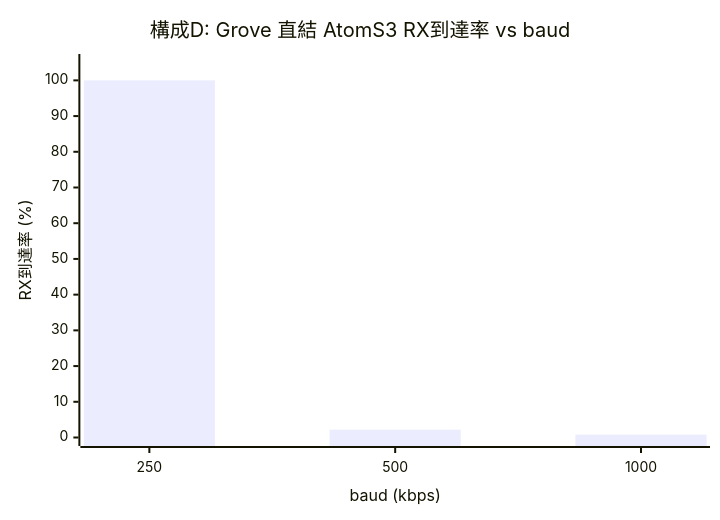
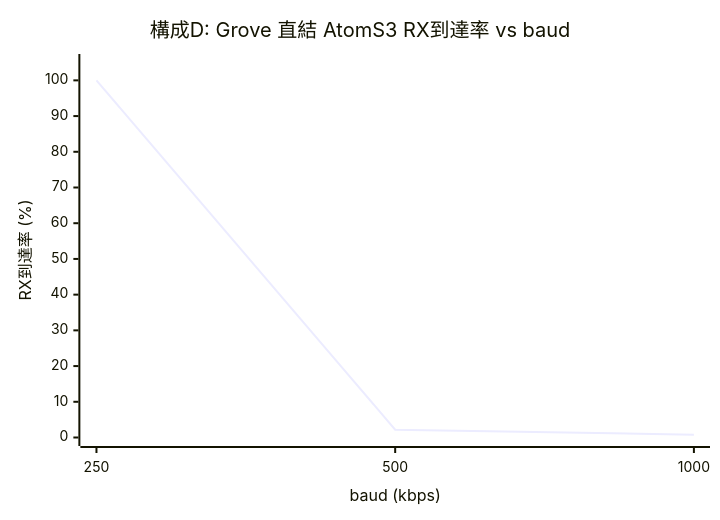
Before and after one commit to uecken/RS485_1Mbaud_test: the fourth of 5 diagrams in doc/202604092200_RS485-baudrate-eval-results.md, drawn with Mermaid. The commit also changed other lines of this file, not shown here.

First line of the commit message:
doc: change baud-vs-FER charts from bar to line (continuous x-axis)

````diff
--- a/doc/202604092200_RS485-baudrate-eval-results.md
+++ b/doc/202604092200_RS485-baudrate-eval-results.md
@@ -105,7 +105,7 @@
 ```mermaid
 xychart-beta
     title "構成D: Grove 直結 AtomS3 RX到達率 vs baud"
     x-axis "baud (kbps)" [250, 500, 1000]
     y-axis "RX到達率 (%)" 0 --> 105
-    bar [100, 2.2, 0.8]
+    line [100, 2.2, 0.8]
 ```
````
